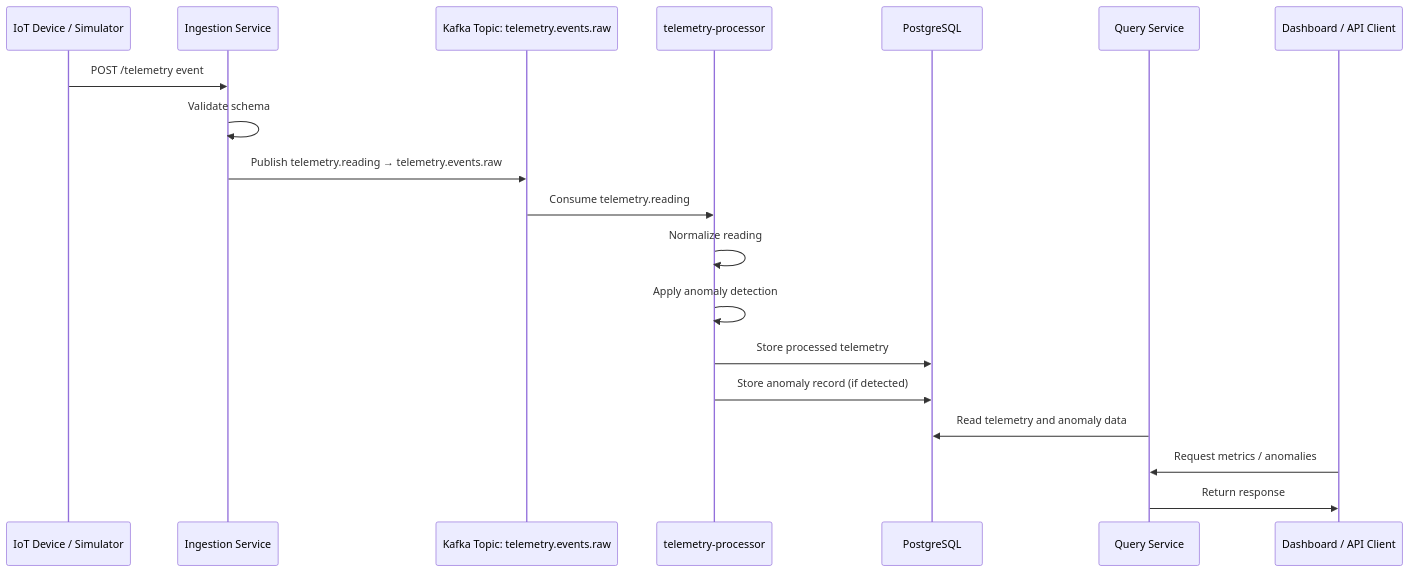
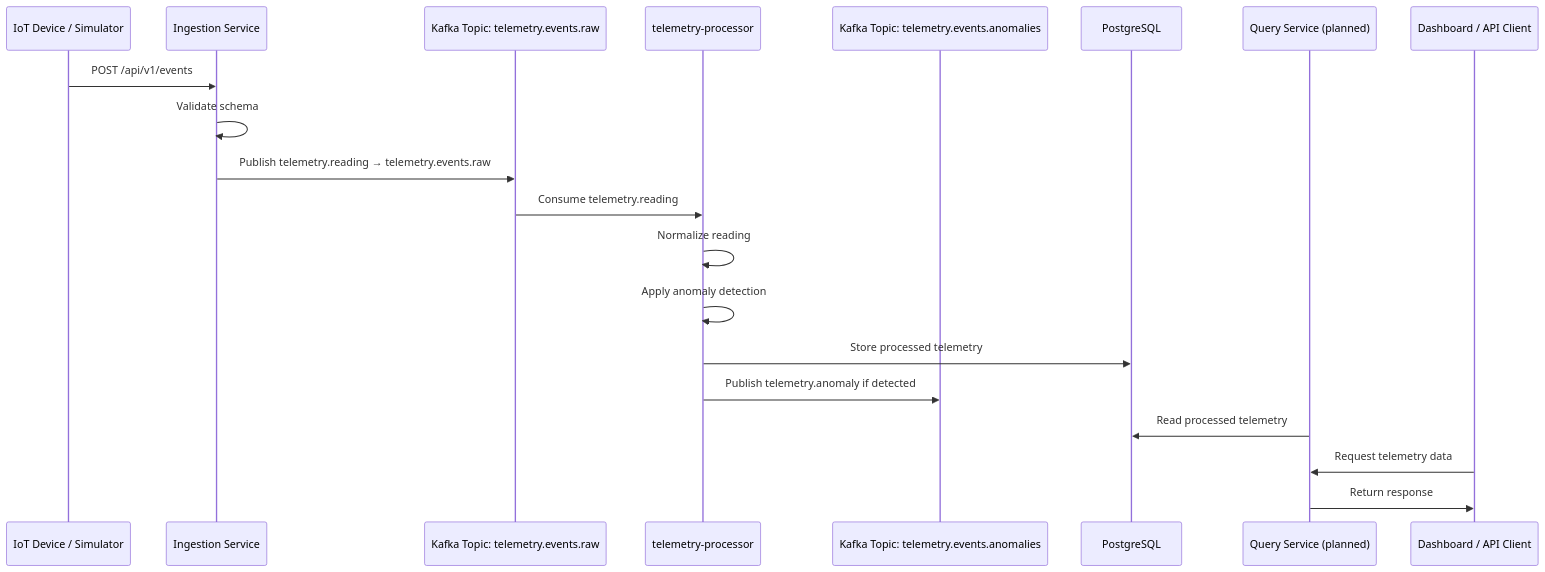
Before and after one commit to ME-Massine/pulsestream: the diagram in docs/diagrams/event-flow.md, drawn with Mermaid. The commit also changed other lines of this file and 15 other files, not shown here.

````diff
--- a/docs/diagrams/event-flow.md
+++ b/docs/diagrams/event-flow.md
@@ -5,22 +5,23 @@
 ```mermaid
 sequenceDiagram
     participant Device as IoT Device / Simulator
     participant Ingestion as Ingestion Service
     participant Kafka as Kafka Topic: telemetry.events.raw
     participant Processor as telemetry-processor
+    participant Anomalies as Kafka Topic: telemetry.events.anomalies
     participant DB as PostgreSQL
-    participant Query as Query Service
+    participant Query as Query Service (planned)
     participant Dashboard as Dashboard / API Client
 
-    Device->>Ingestion: POST /telemetry event
+    Device->>Ingestion: POST /api/v1/events
     Ingestion->>Ingestion: Validate schema
     Ingestion->>Kafka: Publish telemetry.reading → telemetry.events.raw
     Kafka->>Processor: Consume telemetry.reading
     Processor->>Processor: Normalize reading
     Processor->>Processor: Apply anomaly detection
     Processor->>DB: Store processed telemetry
-    Processor->>DB: Store anomaly record (if detected)
-    Query->>DB: Read telemetry and anomaly data
-    Dashboard->>Query: Request metrics / anomalies
+    Processor->>Anomalies: Publish telemetry.anomaly if detected
+    Query->>DB: Read processed telemetry
+    Dashboard->>Query: Request telemetry data
     Query->>Dashboard: Return response
 ```
````
